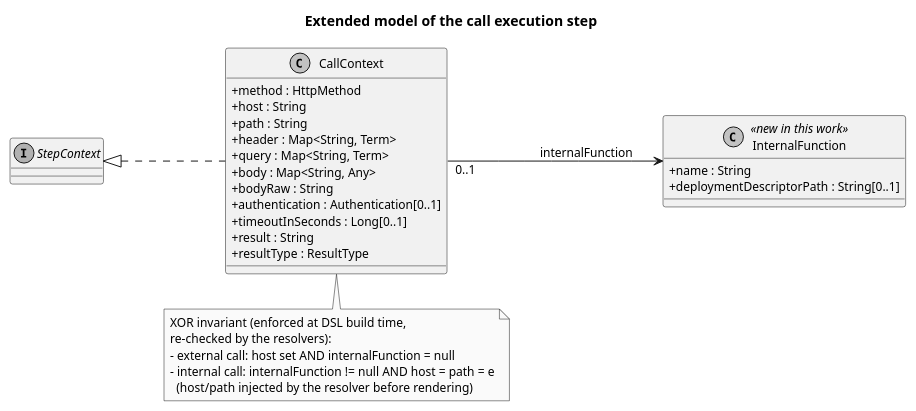
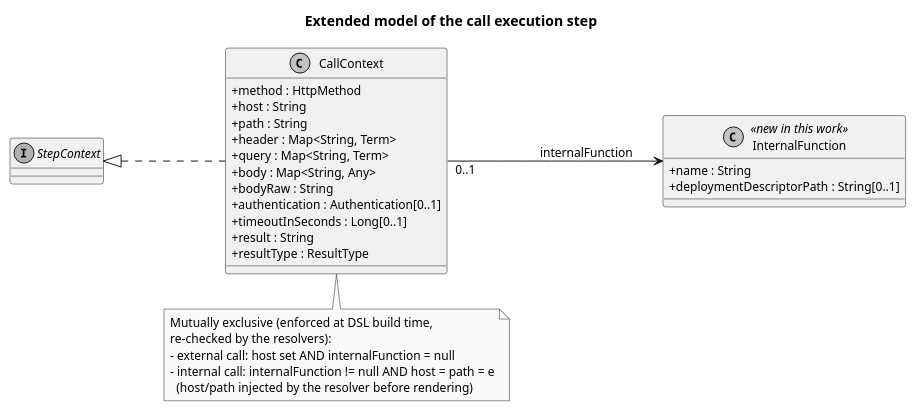
Before and after one commit to EngenheiroPedroCarvalho/ISEL-Thesis-2526: the diagram in diagrams/call-step-model.puml, drawn with PlantUML. The commit also changed 6 other files, not shown here.

First line of the commit message:
Say the rule instead of naming it "XOR invariant"

```diff
--- a/diagrams/call-step-model.puml
+++ b/diagrams/call-step-model.puml
@@ -1,40 +1,40 @@
 @startuml call-step-model
 skinparam monochrome true
 skinparam shadowing false
 skinparam classAttributeIconSize 0
 skinparam defaultFontSize 12
 left to right direction
 title Extended model of the call execution step
 
 interface StepContext
 
 class CallContext {
   +method : HttpMethod
   +host : String
   +path : String
   +header : Map<String, Term>
   +query : Map<String, Term>
   +body : Map<String, Any>
   +bodyRaw : String
   +authentication : Authentication[0..1]
   +timeoutInSeconds : Long[0..1]
   +result : String
   +resultType : ResultType
 }
 
 class InternalFunction <<new in this work>> {
   +name : String
   +deploymentDescriptorPath : String[0..1]
 }
 
 StepContext <|.. CallContext
 CallContext "0..1" --> InternalFunction : internalFunction
 
 note bottom of CallContext
-  XOR invariant (enforced at DSL build time,
+  Mutually exclusive (enforced at DSL build time,
   re-checked by the resolvers):
   - external call: host set AND internalFunction = null
   - internal call: internalFunction != null AND host = path = e
     (host/path injected by the resolver before rendering)
 end note
 @enduml
```
